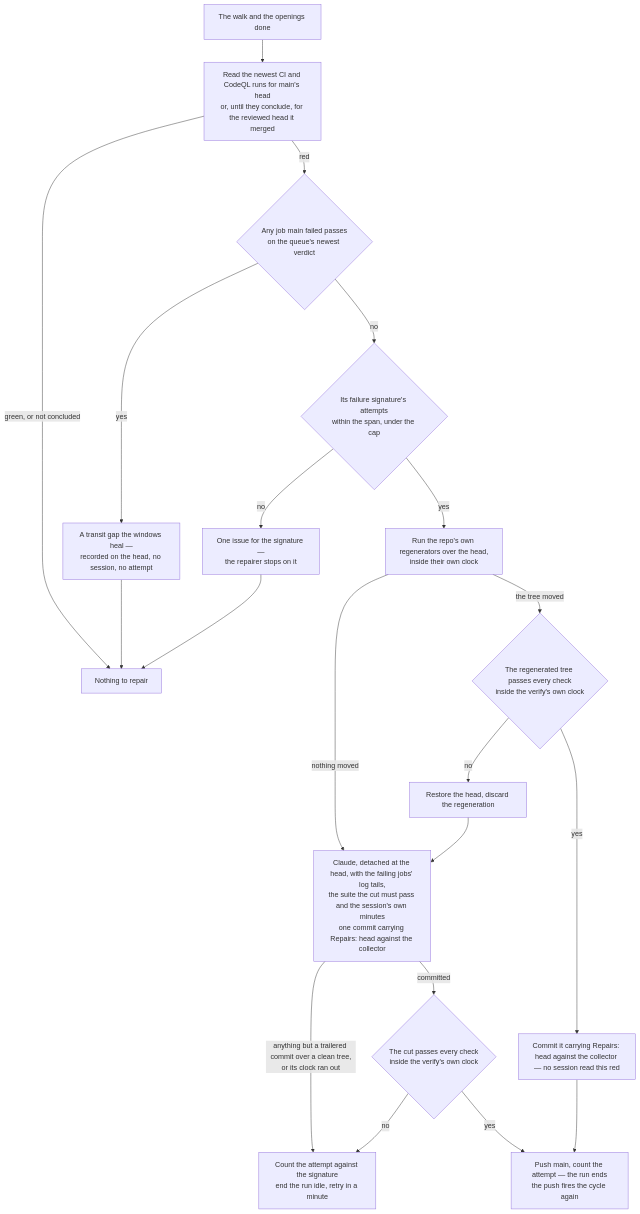
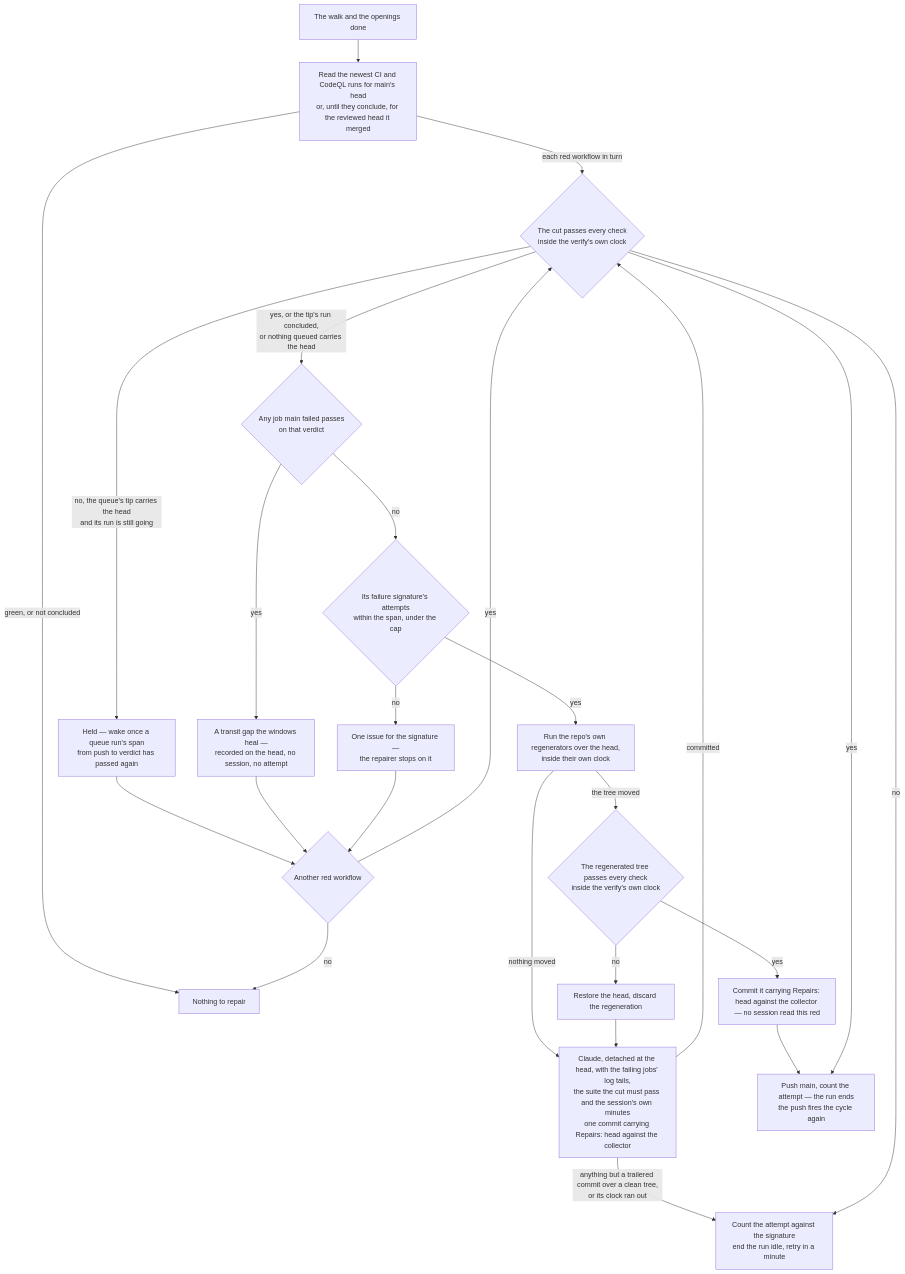
The diagram in apps/web/content/docs/infra/review-collector/repair.md (Esposter/Esposter), drawn with Mermaid before and after one commit. The commit also changed other lines of this file and 4 other files, not shown here.

First line of the commit message:
docs(review-collector): the queue's verdict is its own branch's run over main's red head, held with a wake while it goes, and every red workflow is judged on its own

````diff
--- a/apps/web/content/docs/infra/review-collector/repair.md
+++ b/apps/web/content/docs/infra/review-collector/repair.md
@@ -14,19 +14,23 @@
 ```mermaid
 flowchart TD
   E[The walk and the openings done] --> R[Read the newest CI and CodeQL runs for main's head<br/>or, until they conclude, for the reviewed head it merged]
   R -->|green, or not concluded| L[Nothing to repair]
-  R -->|red| Q{Any job main failed passes<br/>on the queue's newest verdict}
-  Q -->|yes| TG[A transit gap the windows heal —<br/>recorded on the head, no session, no attempt] --> L
+  R -->|each red workflow in turn| V{The queue's newest verdict, or develop's,<br/>read main's head}
+  V -->|no, the queue's tip carries the head<br/>and its run is still going| H[Held — wake once a queue run's span<br/>from push to verdict has passed again] --> N
+  V -->|yes, or the tip's run concluded,<br/>or nothing queued carries the head| Q{Any job main failed passes<br/>on that verdict}
+  Q -->|yes| TG[A transit gap the windows heal —<br/>recorded on the head, no session, no attempt] --> N
   Q -->|no| S{Its failure signature's attempts<br/>within the span, under the cap}
-  S -->|no| P[One issue for the signature —<br/>the repairer stops on it] --> L
+  S -->|no| P[One issue for the signature —<br/>the repairer stops on it] --> N{Another red workflow}
+  N -->|yes| V
+  N -->|no| L
   S -->|yes| G[Run the repo's own regenerators over the head,<br/>inside their own clock]
   G -->|nothing moved| C
   G -->|the tree moved| GV{The regenerated tree passes every check<br/>inside the verify's own clock}
   GV -->|no| RS[Restore the head, discard the regeneration] --> C
   GV -->|yes| GC[Commit it carrying Repairs: head against the collector — no session read this red] --> PU
   C[Claude, detached at the head, with the failing jobs' log tails,<br/>the suite the cut must pass and the session's own minutes<br/>one commit carrying Repairs: head against the collector]
   C -->|anything but a trailered commit over a clean tree,<br/>or its clock ran out| F[Count the attempt against the signature<br/>end the run idle, retry in a minute]
   C -->|committed| V{The cut passes every check<br/>inside the verify's own clock}
   V -->|no| F
   V -->|yes| PU[Push main, count the attempt — the run ends<br/>the push fires the cycle again]
 ```
````
